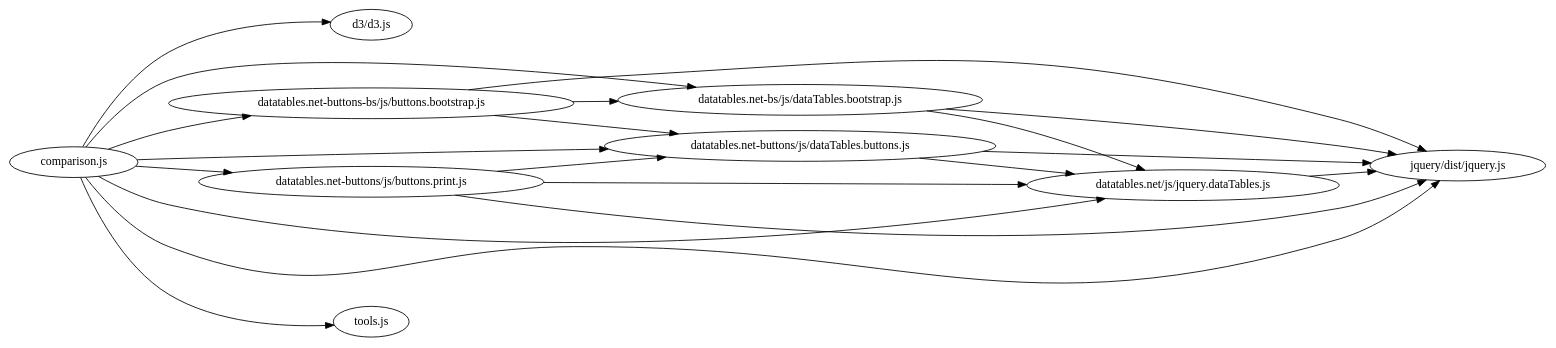
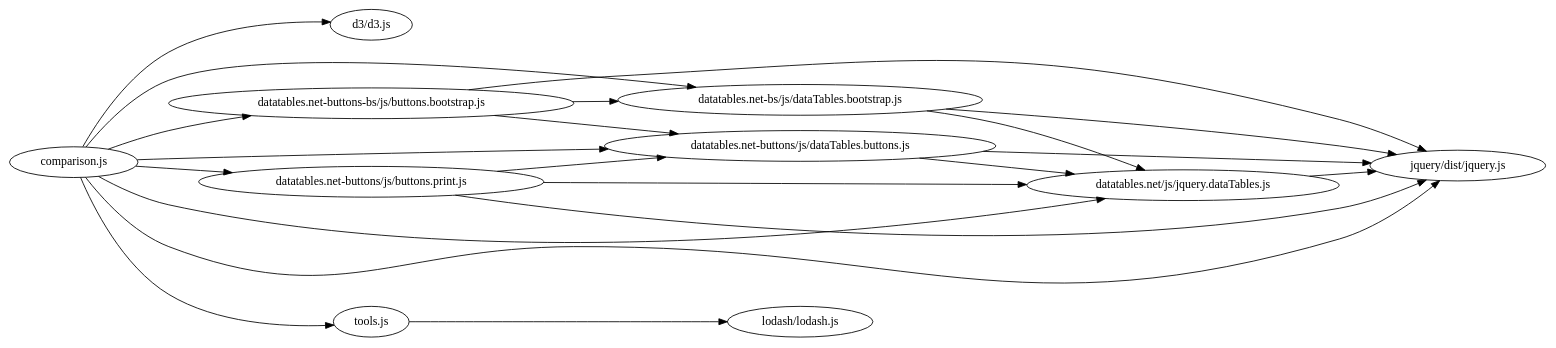
Before and after one commit to cceh/ntg: the diagram in doc_src/comparison.jsgraph.dot, drawn with Graphviz. The commit also changed 48 other files, not shown here.

```diff
--- a/doc_src/comparison.jsgraph.dot
+++ b/doc_src/comparison.jsgraph.dot
@@ -1,31 +1,33 @@
 digraph G {
 graph [rankdir="LR"]
   "d3/d3.js";
   "datatables.net-bs/js/dataTables.bootstrap.js";
   "datatables.net/js/jquery.dataTables.js";
   "jquery/dist/jquery.js";
   "datatables.net-buttons-bs/js/buttons.bootstrap.js";
   "datatables.net-buttons/js/dataTables.buttons.js";
   "datatables.net-buttons/js/buttons.print.js";
+  "lodash/lodash.js";
   "comparison.js";
   "tools.js";
   "datatables.net-bs/js/dataTables.bootstrap.js" -> "datatables.net/js/jquery.dataTables.js";
   "datatables.net-bs/js/dataTables.bootstrap.js" -> "jquery/dist/jquery.js";
   "datatables.net-buttons-bs/js/buttons.bootstrap.js" -> "datatables.net-bs/js/dataTables.bootstrap.js";
   "datatables.net-buttons-bs/js/buttons.bootstrap.js" -> "datatables.net-buttons/js/dataTables.buttons.js";
   "datatables.net-buttons-bs/js/buttons.bootstrap.js" -> "jquery/dist/jquery.js";
   "datatables.net-buttons/js/buttons.print.js" -> "datatables.net-buttons/js/dataTables.buttons.js";
   "datatables.net-buttons/js/buttons.print.js" -> "datatables.net/js/jquery.dataTables.js";
   "datatables.net-buttons/js/buttons.print.js" -> "jquery/dist/jquery.js";
   "datatables.net-buttons/js/dataTables.buttons.js" -> "datatables.net/js/jquery.dataTables.js";
   "datatables.net-buttons/js/dataTables.buttons.js" -> "jquery/dist/jquery.js";
   "datatables.net/js/jquery.dataTables.js" -> "jquery/dist/jquery.js";
   "comparison.js" -> "d3/d3.js";
   "comparison.js" -> "datatables.net-bs/js/dataTables.bootstrap.js";
   "comparison.js" -> "datatables.net-buttons-bs/js/buttons.bootstrap.js";
   "comparison.js" -> "datatables.net-buttons/js/buttons.print.js";
   "comparison.js" -> "datatables.net-buttons/js/dataTables.buttons.js";
   "comparison.js" -> "datatables.net/js/jquery.dataTables.js";
   "comparison.js" -> "jquery/dist/jquery.js";
   "comparison.js" -> "tools.js";
+  "tools.js" -> "lodash/lodash.js";
 }
```
